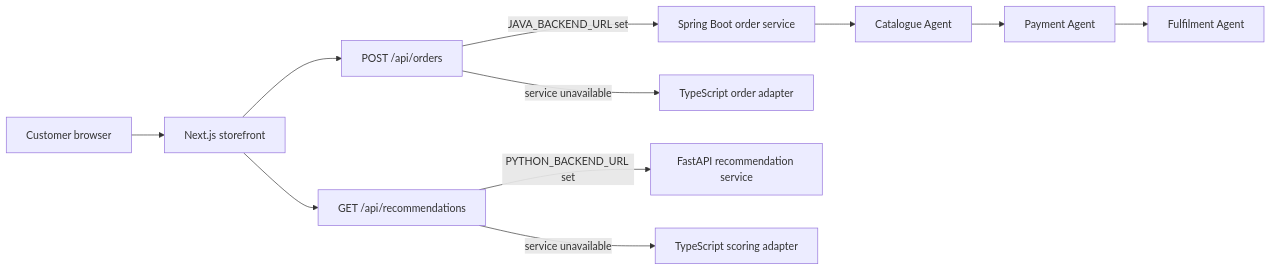
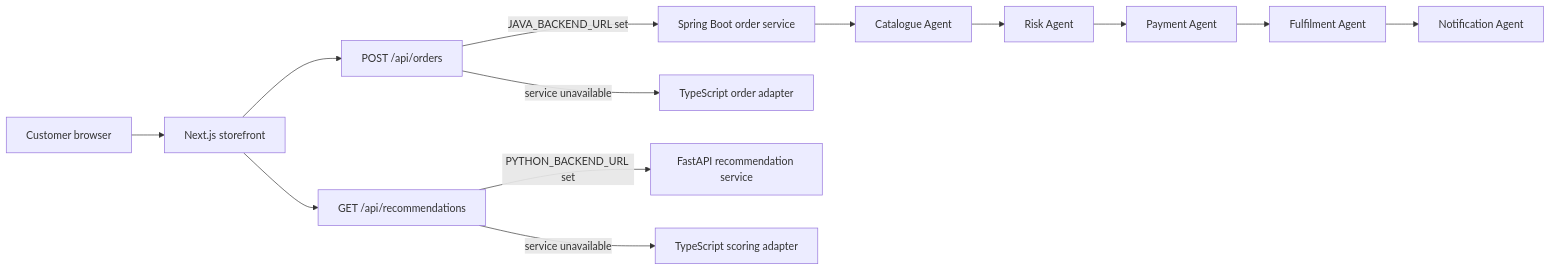
Before and after one commit to divyarachala1812/sunshine-agentic-retail: the diagram in docs/ARCHITECTURE.md, drawn with Mermaid. The commit also changed other lines of this file and 35 other files, not shown here.

````diff
--- a/docs/ARCHITECTURE.md
+++ b/docs/ARCHITECTURE.md
@@ -7,13 +7,15 @@
 ```mermaid
 flowchart LR
     U[Customer browser] --> N[Next.js storefront]
     N --> O[POST /api/orders]
     N --> R[GET /api/recommendations]
     O -->|JAVA_BACKEND_URL set| J[Spring Boot order service]
     R -->|PYTHON_BACKEND_URL set| P[FastAPI recommendation service]
     O -->|service unavailable| OA[TypeScript order adapter]
     R -->|service unavailable| RA[TypeScript scoring adapter]
     J --> C[Catalogue Agent]
-    C --> Y[Payment Agent]
+    C --> K[Risk Agent]
+    K --> Y[Payment Agent]
     Y --> F[Fulfilment Agent]
+    F --> T[Notification Agent]
 ```
````
